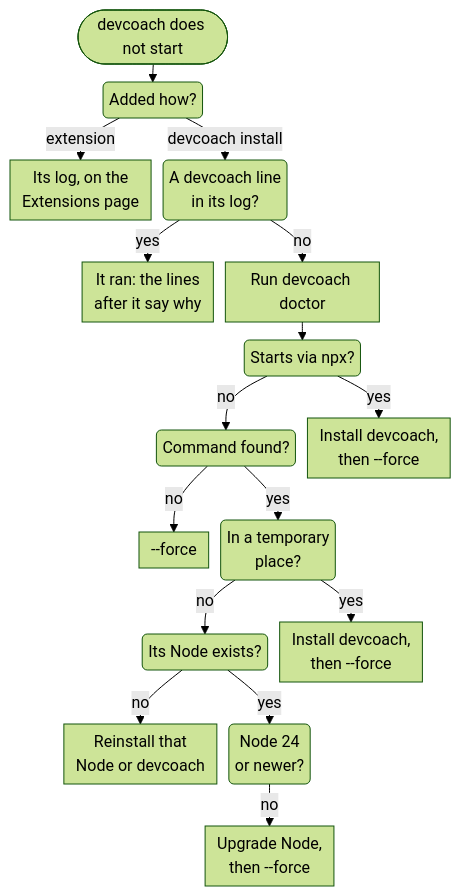
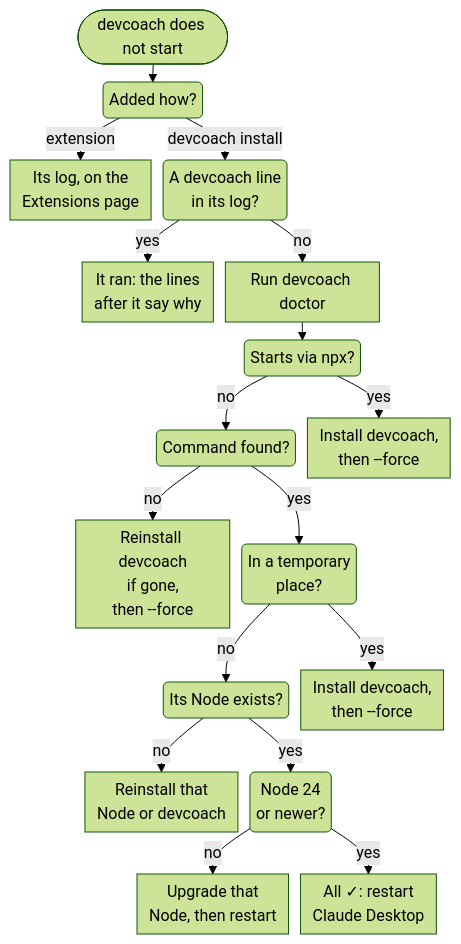
Before and after one commit to UltimaPhoenix/dev-coach: the diagram in docs/install/claude-desktop.md, drawn with Mermaid (forest theme). The commit also changed other lines of this file, not shown here.

First line of the commit message:
docs: Claude Desktop, fixes from verification

````diff
--- a/docs/install/claude-desktop.md
+++ b/docs/install/claude-desktop.md
@@ -263,19 +261,20 @@
 ```mermaid
 %%{init: {"flowchart": {"nodeSpacing": 12, "rankSpacing": 18, "padding": 6, "wrappingWidth": 130}}}%%
 flowchart TD
     A(["devcoach does not start"]) --> B("Added how?")
     B -->|extension| X["Its log, on the<br/>Extensions page"]
     B -->|devcoach install| C("A devcoach line<br/>in its log?")
     C -->|yes| C1["It ran: the lines<br/>after it say why"]
     C -->|"no"| D["Run devcoach doctor"]:::primary
     D --> E("Starts via npx?")
     E -->|no| F("Command found?")
     E -->|yes| E1["Install devcoach,<br/>then --force"]
-    F -->|no| F1["--force"]
+    F -->|no| F1["Reinstall devcoach<br/>if gone,<br/>then --force"]
     F -->|yes| G("In a temporary<br/>place?")
     G -->|no| H("Its Node exists?")
     G -->|yes| G1["Install devcoach,<br/>then --force"]
     H -->|no| H1["Reinstall that<br/>Node or devcoach"]
     H -->|yes| I("Node 24<br/>or newer?")
-    I -->|no| I1["Upgrade Node,<br/>then --force"]
+    I -->|no| I1["Upgrade that<br/>Node, then restart"]
+    I -->|yes| J["All ✓: restart<br/>Claude Desktop"]
 ```
````
